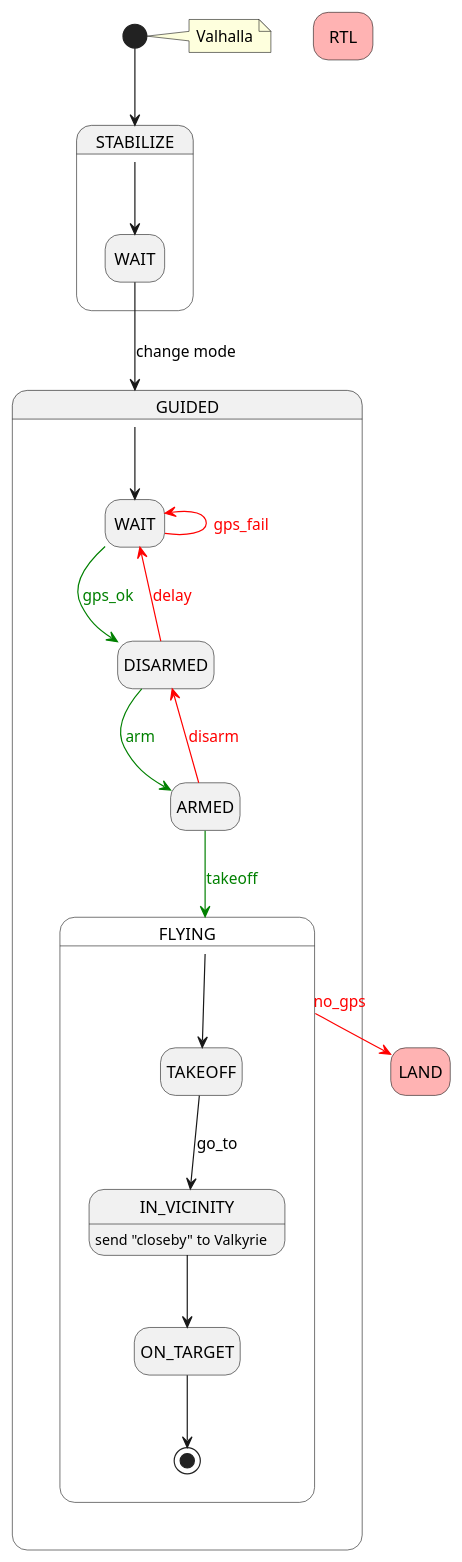
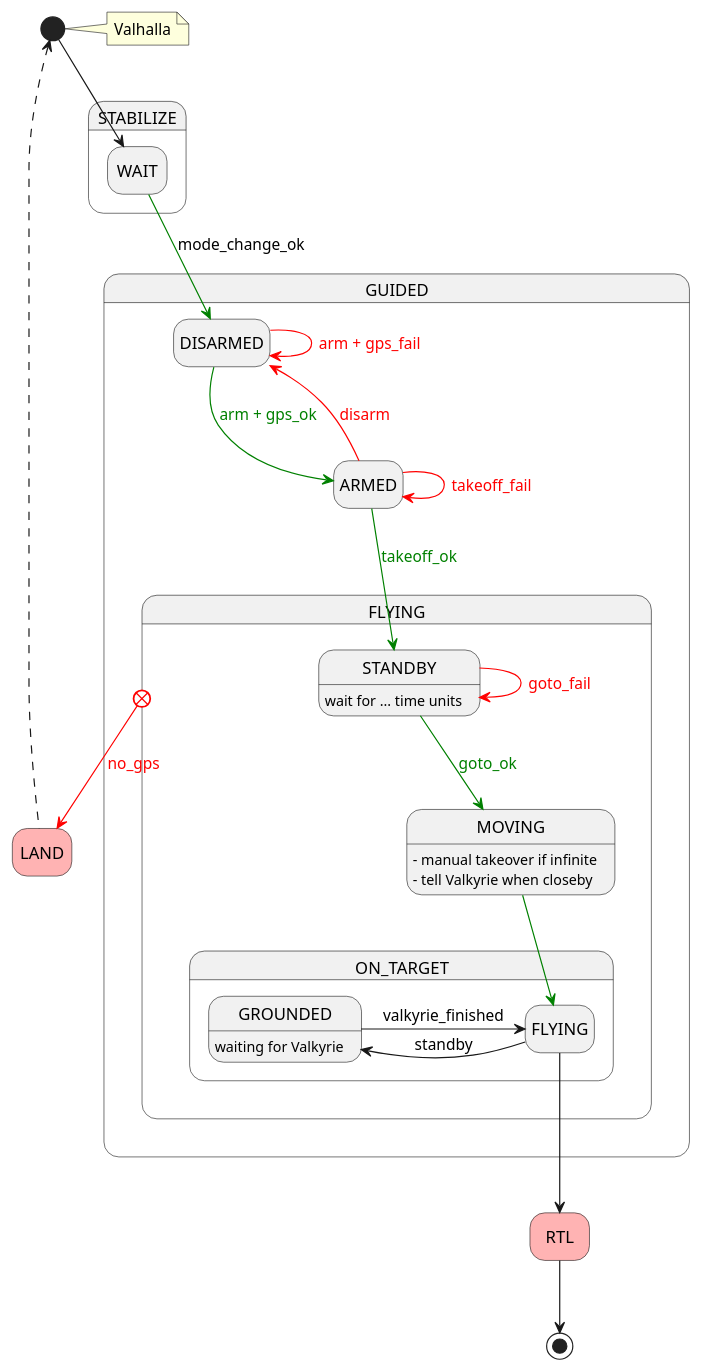
Before and after one commit to Z-Hamdoun/Asgard: the diagram in mission/diagrams/valhalla.puml, drawn with PlantUML.

Commit message:
Valhalla update

```diff
--- a/mission/diagrams/valhalla.puml
+++ b/mission/diagrams/valhalla.puml
@@ -1,51 +1,61 @@
 @startuml
 hide empty description
 
 ''' BASE STATES '''
 state LAND #ffb3b3
 state RTL #ffb3b3
 
+state start <<start>>
+note right of start : Valhalla
+
 ''' MISSION '''
 state STABILIZE {
     state "WAIT" as stabilize_WAIT
-    STABILIZE --> stabilize_WAIT
+    start -down-> stabilize_WAIT
 }
 
-stabilize_WAIT --> GUIDED : change mode
+
 
 state GUIDED {
-    state "WAIT" as guided_WAIT
+    ' state "WAIT" as guided_WAIT
     state "DISARMED" as guided_DISARMED
     state "ARMED" as guided_ARMED
     
-
-    GUIDED --> guided_WAIT
-    guided_WAIT -down[#green]-> guided_DISARMED : <color:#green>gps_ok</color>
-    guided_WAIT -up[#red]-> guided_WAIT : <color:#red>gps_fail</color>
-    guided_DISARMED -down[#green]-> guided_ARMED : <color:#green>arm</color>
-    guided_DISARMED -up[#red]-> guided_WAIT : <color:#red>delay</color>
-    guided_ARMED -down[#green]-> guided_FLYING : <color:#green>takeoff</color>
+    stabilize_WAIT -down[#green]-> guided_DISARMED : mode_change_ok
+    guided_DISARMED -down[#green]-> guided_ARMED : <color:#green>arm + gps_ok</color>
+    guided_DISARMED -down[#red]-> guided_DISARMED : <color:#red>arm + gps_fail</color>
+    guided_ARMED -down[#red]-> guided_ARMED : <color:#red>takeoff_fail</color>
     guided_ARMED -up[#red]-> guided_DISARMED : <color:#red>disarm</color>
 
-    state "FLYING" as guided_FLYING #white {
-        guided_FLYING -down-> TAKEOFF
-        TAKEOFF -down-> IN_VICINITY : go_to
-        IN_VICINITY : send "closeby" to Valkyrie
-        IN_VICINITY -down-> ON_TARGET
-        ON_TARGET -down-> [*]
+    state "FLYING" as guided_FLYING {
+        state "STANDBY" as flying_STANDBY : wait for ... time units
+        guided_ARMED -down[#green]-> flying_STANDBY : <color:#green>takeoff_ok</color>
+        flying_STANDBY -down[#green]-> MOVING : <color:#green>goto_ok</color>
+        flying_STANDBY -[#red]-> flying_STANDBY : <color:#red>goto_fail</color>
+        MOVING : - manual takeover if infinite
+        MOVING : - tell Valkyrie when closeby
+        
+        state ON_TARGET {
+            state "FLYING" as on_target_AIR
+            state "GROUNDED" as on_target_GROUND : waiting for Valkyrie
+            MOVING -down[#green]-> on_target_AIR
+            on_target_AIR -left-> on_target_GROUND : standby
+            on_target_GROUND -right-> on_target_AIR : valkyrie_finished
+        }
+        
     }
 
-    guided_FLYING -[#red]-> LAND: <color:#red>no_gps</color>
+    guided_FLYING x-[#red]-> LAND: <color:#red>no_gps</color>
     
-    
+    on_target_AIR -down-> RTL
     
 }
 
 
-state start <<start>>
-note right of start : Valhalla
-start --> STABILIZE
 
 
+RTL --> [*]
+
+LAND -up[dashed]-> start
 
 @enduml
```
